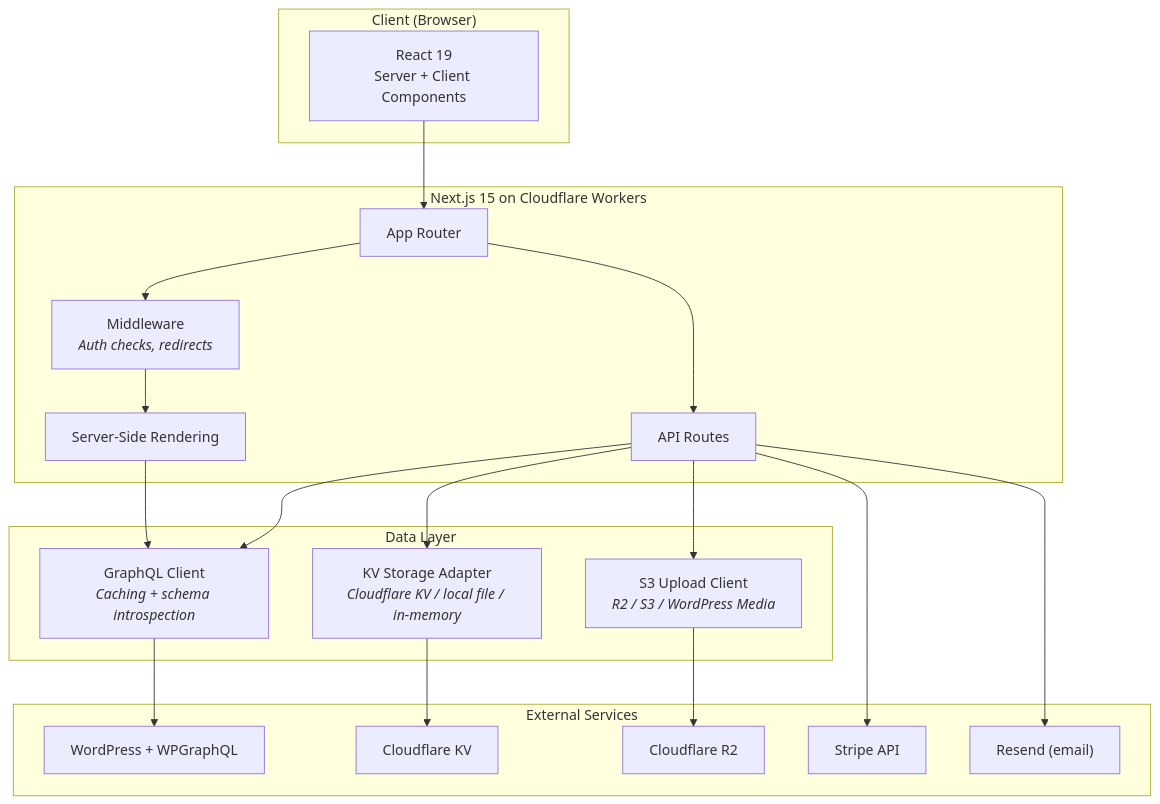
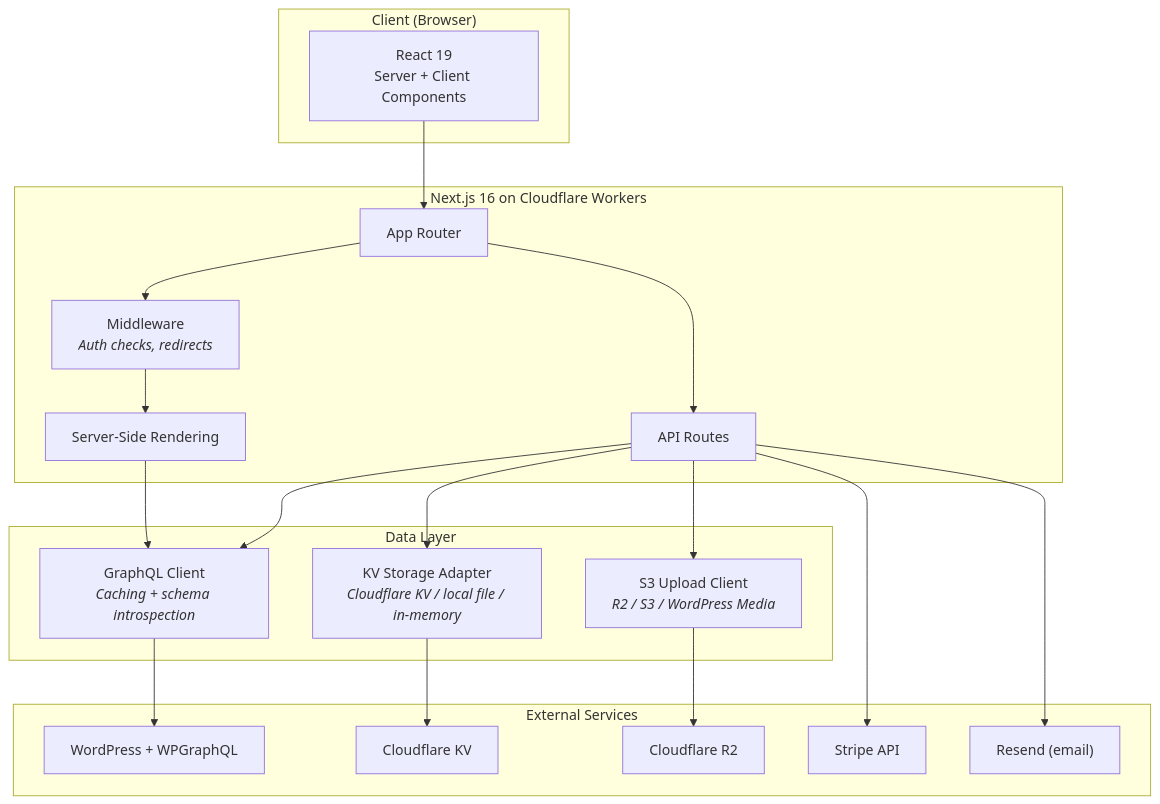
Before and after one commit to tabenius/wp-cf-front-paywall-stripe: the first of 8 diagrams in docs/README.en.md, drawn with Mermaid. The commit also changed other lines of this file and 4 other files, not shown here.

Commit message:
docs: refresh admin guides with current flow and visuals

````diff
--- a/docs/README.en.md
+++ b/docs/README.en.md
@@ -7,37 +7,37 @@
 ```mermaid
 graph TB
     subgraph "Client (Browser)"
         RC["React 19<br/>Server + Client Components"]
     end
 
-    subgraph "Next.js 15 on Cloudflare Workers"
+    subgraph "Next.js 16 on Cloudflare Workers"
         AR["App Router"]
         MW["Middleware<br/><i>Auth checks, redirects</i>"]
         SSR["Server-Side Rendering"]
         API["API Routes"]
     end
 
     subgraph "Data Layer"
         GQL["GraphQL Client<br/><i>Caching + schema introspection</i>"]
         KV["KV Storage Adapter<br/><i>Cloudflare KV / local file / in-memory</i>"]
         S3C["S3 Upload Client<br/><i>R2 / S3 / WordPress Media</i>"]
     end
 
     subgraph "External Services"
         WP["WordPress + WPGraphQL"]
         ST["Stripe API"]
         CKV["Cloudflare KV"]
         R2["Cloudflare R2"]
         RS["Resend (email)"]
     end
 
     RC --> AR
     AR --> MW --> SSR
     AR --> API
     SSR --> GQL --> WP
     API --> GQL
     API --> KV --> CKV
     API --> S3C --> R2
     API --> ST
     API --> RS
 ```
````
